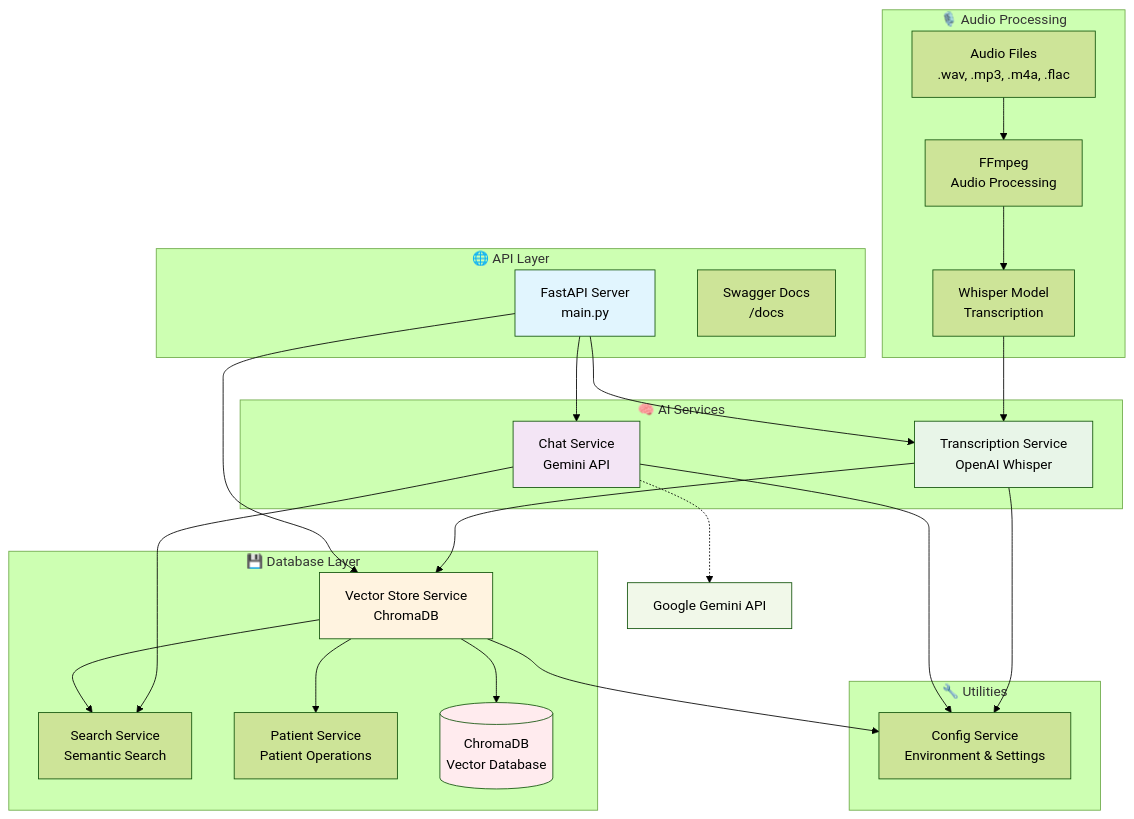
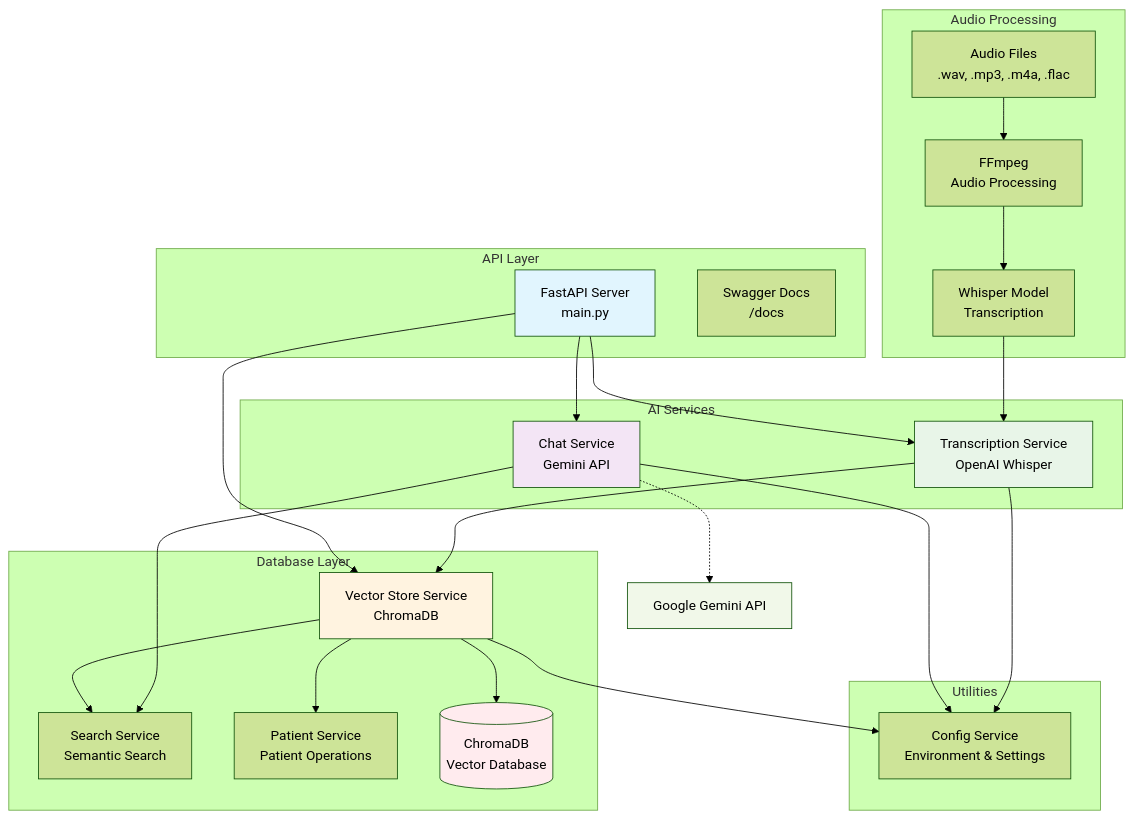
One commit to karenb54/ElSol-Challenge changed the diagram in README.md. Above: the diagram before and after it, drawn with Mermaid (forest theme). The commit also changed other lines of this file and 15 other files, not shown here.

````diff
--- a/README.md
+++ b/README.md
@@ -163,61 +15,61 @@
 ```mermaid
 graph TB
-    subgraph "🌐 API Layer"
+    subgraph "API Layer"
         API[FastAPI Server<br/>main.py]
         DOCS[Swagger Docs<br/>/docs]
     end
     
-    subgraph "🎙️ Audio Processing"
+    subgraph "Audio Processing"
         AUDIO[Audio Files<br/>.wav, .mp3, .m4a, .flac]
         FFMPEG[FFmpeg<br/>Audio Processing]
         WHISPER[Whisper Model<br/>Transcription]
     end
     
-    subgraph "🧠 AI Services"
+    subgraph "AI Services"
         CHAT[Chat Service<br/>Gemini API]
         TRANSCRIPT[Transcription Service<br/>OpenAI Whisper]
     end
     
-    subgraph "💾 Database Layer"
+    subgraph "Database Layer"
         VECTOR[Vector Store Service<br/>ChromaDB]
         SEARCH[Search Service<br/>Semantic Search]
         PATIENT[Patient Service<br/>Patient Operations]
         CHROMA[(ChromaDB<br/>Vector Database)]
     end
     
-    subgraph "🔧 Utilities"
+    subgraph "Utilities"
         CONFIG[Config Service<br/>Environment & Settings]
     end
     
     %% API Connections
     API --> CHAT
     API --> TRANSCRIPT
     API --> VECTOR
     
     %% Audio Flow
     AUDIO --> FFMPEG
     FFMPEG --> WHISPER
     WHISPER --> TRANSCRIPT
     TRANSCRIPT --> VECTOR
     
     %% Database Connections
     VECTOR --> SEARCH
     VECTOR --> PATIENT
     VECTOR --> CHROMA
     
     %% Service Dependencies
     CHAT --> SEARCH
     CHAT --> CONFIG
     TRANSCRIPT --> CONFIG
     VECTOR --> CONFIG
     
     %% External APIs
     CHAT -.-> GEMINI[Google Gemini API]
     
     style API fill:#e1f5fe
     style CHAT fill:#f3e5f5
     style TRANSCRIPT fill:#e8f5e8
     style VECTOR fill:#fff3e0
     style CHROMA fill:#ffebee
     style GEMINI fill:#f1f8e9
 ```
````
